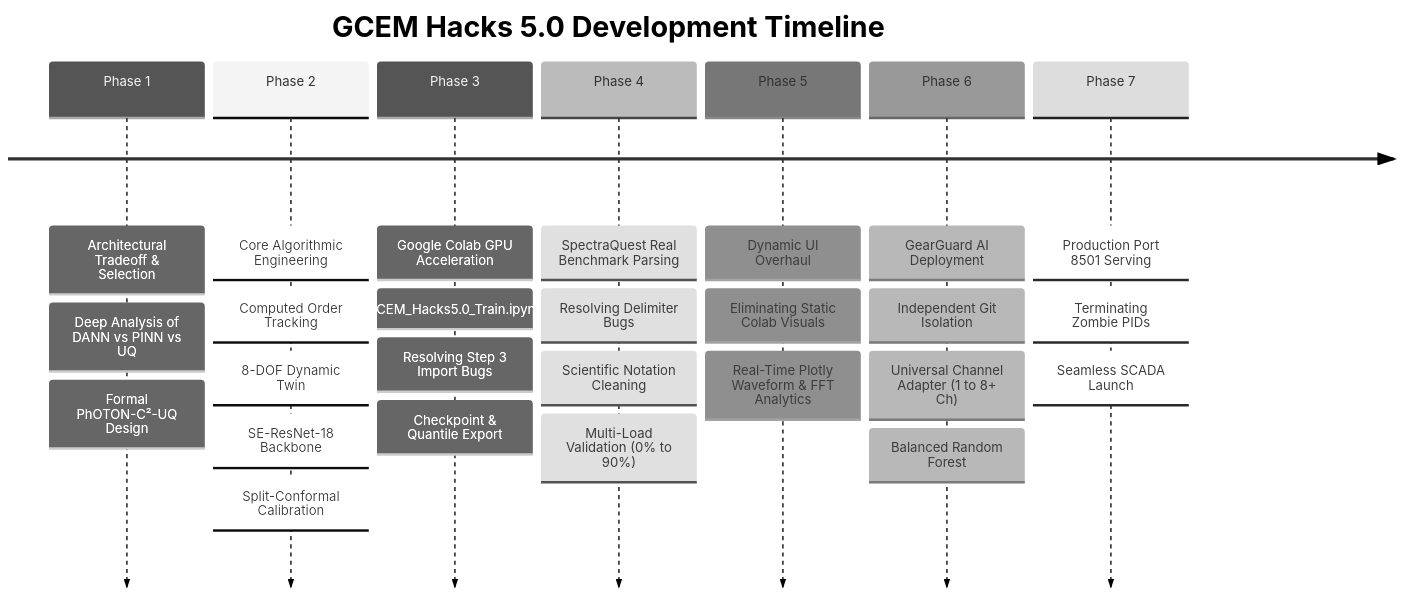
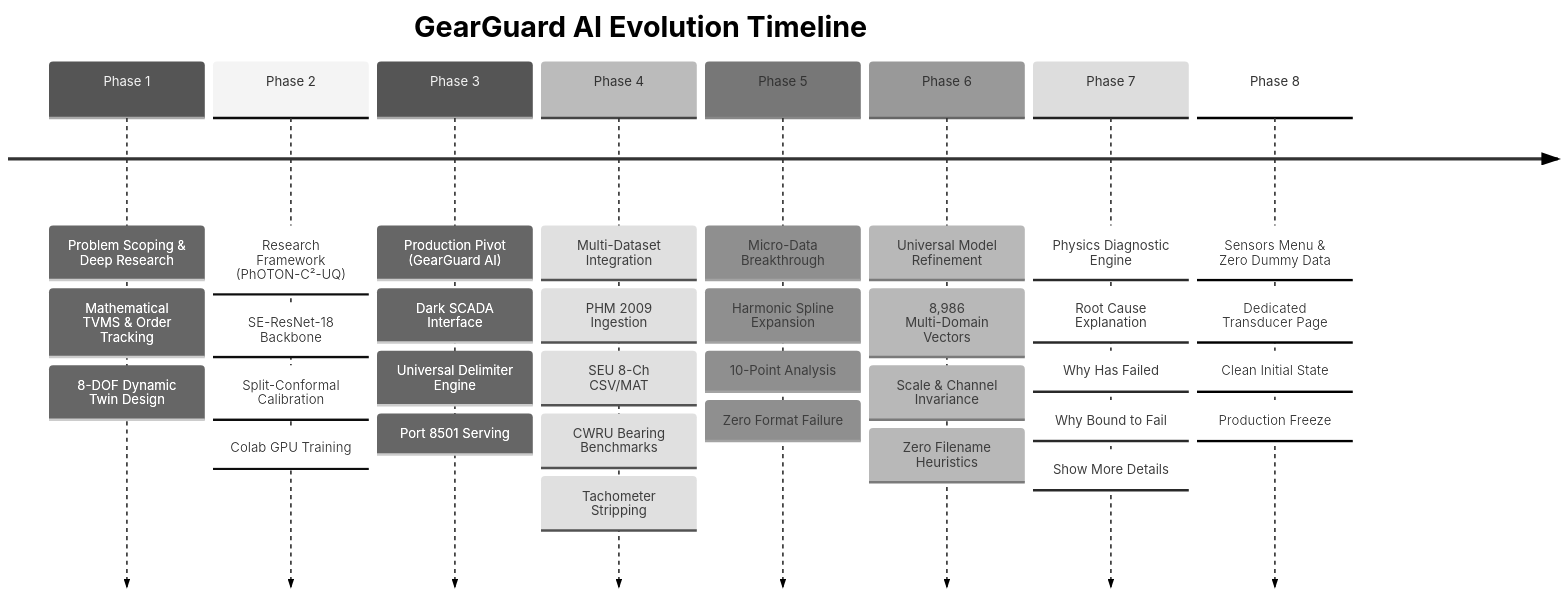
Before and after one commit to JerrySeba/GearGuardAI: the first of 2 diagrams in PROJECT_IMPLEMENTATION_AND_ARCHITECTURE_PLAN.md, drawn with Mermaid (neutral theme). The commit also changed other lines of this file, not shown here.

Commit message:
docs: comprehensive system implementation plan, technical architecture, and end-to-end operational workflow

````diff
--- a/PROJECT_IMPLEMENTATION_AND_ARCHITECTURE_PLAN.md
+++ b/PROJECT_IMPLEMENTATION_AND_ARCHITECTURE_PLAN.md
@@ -208,11 +24,12 @@
 ```mermaid
 timeline
-    title GCEM Hacks 5.0 Development Timeline
-    Phase 1 : Architectural Tradeoff & Selection : Deep Analysis of DANN vs PINN vs UQ : Formal PhOTON-C²-UQ Design
-    Phase 2 : Core Algorithmic Engineering : Computed Order Tracking : 8-DOF Dynamic Twin : SE-ResNet-18 Backbone : Split-Conformal Calibration
-    Phase 3 : Google Colab GPU Acceleration : GCEM_Hacks5.0_Train.ipynb : Resolving Step 3 Import Bugs : Checkpoint & Quantile Export
-    Phase 4 : SpectraQuest Real Benchmark Parsing : Resolving Delimiter Bugs : Scientific Notation Cleaning : Multi-Load Validation (0% to 90%)
-    Phase 5 : Dynamic UI Overhaul : Eliminating Static Colab Visuals : Real-Time Plotly Waveform & FFT Analytics
-    Phase 6 : GearGuard AI Deployment : Independent Git Isolation : Universal Channel Adapter (1 to 8+ Ch) : Balanced Random Forest
-    Phase 7 : Production Port 8501 Serving : Terminating Zombie PIDs : Seamless SCADA Launch
+    title GearGuard AI Evolution Timeline
+    Phase 1 : Problem Scoping & Deep Research : Mathematical TVMS & Order Tracking : 8-DOF Dynamic Twin Design
+    Phase 2 : Research Framework (PhOTON-C²-UQ) : SE-ResNet-18 Backbone : Split-Conformal Calibration : Colab GPU Training
+    Phase 3 : Production Pivot (GearGuard AI) : Dark SCADA Interface : Universal Delimiter Engine : Port 8501 Serving
+    Phase 4 : Multi-Dataset Integration : PHM 2009 Ingestion : SEU 8-Ch CSV/MAT : CWRU Bearing Benchmarks : Tachometer Stripping
+    Phase 5 : Micro-Data Breakthrough : Harmonic Spline Expansion : 10-Point Analysis : Zero Format Failure
+    Phase 6 : Universal Model Refinement : 8,986 Multi-Domain Vectors : Scale & Channel Invariance : Zero Filename Heuristics
+    Phase 7 : Physics Diagnostic Engine : Root Cause Explanation : Why Has Failed : Why Bound to Fail : Show More Details
+    Phase 8 : Sensors Menu & Zero Dummy Data : Dedicated Transducer Page : Clean Initial State : Production Freeze
 ```
````
